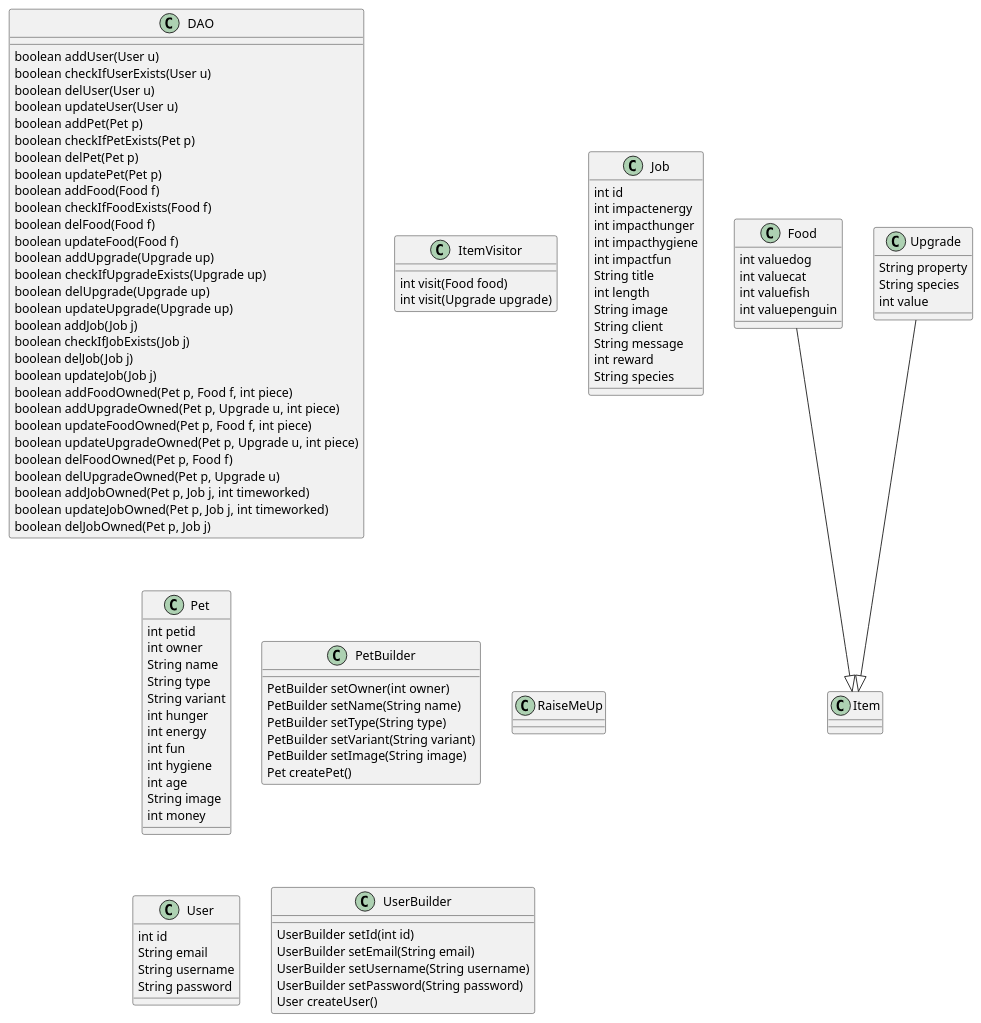
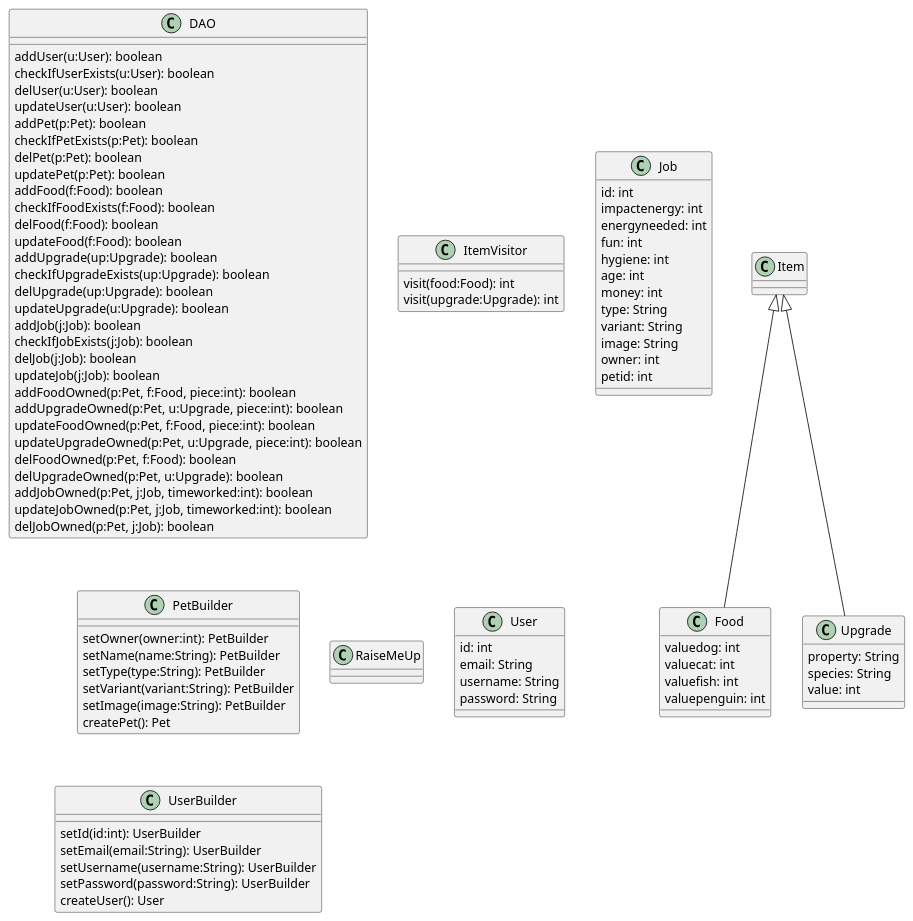
One commit to sh4r10/thesis-autogen-classdiagrams changed the diagram in artefacts/controlled-experiment/project-2/t5-no-haf.puml. Above: the diagram before and after it, drawn with PlantUML. The commit also changed 15 other files, not shown here.

```diff
--- a/artefacts/controlled-experiment/project-2/t5-no-haf.puml
+++ b/artefacts/controlled-experiment/project-2/t5-no-haf.puml
@@ -1,113 +1,98 @@
 @startuml
 
 class DAO {
-    boolean addUser(User u)
-    boolean checkIfUserExists(User u)
-    boolean delUser(User u)
-    boolean updateUser(User u)
-    boolean addPet(Pet p)
-    boolean checkIfPetExists(Pet p)
-    boolean delPet(Pet p)
-    boolean updatePet(Pet p)
-    boolean addFood(Food f)
-    boolean checkIfFoodExists(Food f)
-    boolean delFood(Food f)
-    boolean updateFood(Food f)
-    boolean addUpgrade(Upgrade up)
-    boolean checkIfUpgradeExists(Upgrade up)
-    boolean delUpgrade(Upgrade up)
-    boolean updateUpgrade(Upgrade up)
-    boolean addJob(Job j)
-    boolean checkIfJobExists(Job j)
-    boolean delJob(Job j)
-    boolean updateJob(Job j)
-    boolean addFoodOwned(Pet p, Food f, int piece)
-    boolean addUpgradeOwned(Pet p, Upgrade u, int piece)
-    boolean updateFoodOwned(Pet p, Food f, int piece)
-    boolean updateUpgradeOwned(Pet p, Upgrade u, int piece)
-    boolean delFoodOwned(Pet p, Food f)
-    boolean delUpgradeOwned(Pet p, Upgrade u)
-    boolean addJobOwned(Pet p, Job j, int timeworked)
-    boolean updateJobOwned(Pet p, Job j, int timeworked)
-    boolean delJobOwned(Pet p, Job j)
+    addUser(u:User): boolean
+    checkIfUserExists(u:User): boolean
+    delUser(u:User): boolean
+    updateUser(u:User): boolean
+    addPet(p:Pet): boolean
+    checkIfPetExists(p:Pet): boolean
+    delPet(p:Pet): boolean
+    updatePet(p:Pet): boolean
+    addFood(f:Food): boolean
+    checkIfFoodExists(f:Food): boolean
+    delFood(f:Food): boolean
+    updateFood(f:Food): boolean
+    addUpgrade(up:Upgrade): boolean
+    checkIfUpgradeExists(up:Upgrade): boolean
+    delUpgrade(up:Upgrade): boolean
+    updateUpgrade(u:Upgrade): boolean
+    addJob(j:Job): boolean
+    checkIfJobExists(j:Job): boolean
+    delJob(j:Job): boolean
+    updateJob(j:Job): boolean
+    addFoodOwned(p:Pet, f:Food, piece:int): boolean
+    addUpgradeOwned(p:Pet, u:Upgrade, piece:int): boolean
+    updateFoodOwned(p:Pet, f:Food, piece:int): boolean
+    updateUpgradeOwned(p:Pet, u:Upgrade, piece:int): boolean
+    delFoodOwned(p:Pet, f:Food): boolean
+    delUpgradeOwned(p:Pet, u:Upgrade): boolean
+    addJobOwned(p:Pet, j:Job, timeworked:int): boolean
+    updateJobOwned(p:Pet, j:Job, timeworked:int): boolean
+    delJobOwned(p:Pet, j:Job): boolean
 }
 
 class Food {
-    int valuedog
-    int valuecat
-    int valuefish
-    int valuepenguin
+    valuedog: int
+    valuecat: int
+    valuefish: int
+    valuepenguin: int
 }
 
 class ItemVisitor {
-    int visit(Food food)
-    int visit(Upgrade upgrade)
+    visit(food:Food): int
+    visit(upgrade:Upgrade): int
 }
 
 class Job {
-    int id
-    int impactenergy
-    int impacthunger
-    int impacthygiene
-    int impactfun
-    String title
-    int length
-    String image
-    String client
-    String message
-    int reward
-    String species
-}
-
-class Pet {
-    int petid
-    int owner
-    String name
-    String type
-    String variant
-    int hunger
-    int energy
-    int fun
-    int hygiene
-    int age
-    String image
-    int money
+    id: int
+    impactenergy: int
+    energyneeded: int
+    fun: int
+    hygiene: int
+    age: int
+    money: int
+    type: String
+    variant: String
+    image: String
+    owner: int
+    petid: int
 }
 
 class PetBuilder {
-    PetBuilder setOwner(int owner)
-    PetBuilder setName(String name)
-    PetBuilder setType(String type)
-    PetBuilder setVariant(String variant)
-    PetBuilder setImage(String image)
-    Pet createPet()
+    setOwner(owner:int): PetBuilder
+    setName(name:String): PetBuilder
+    setType(type:String): PetBuilder
+    setVariant(variant:String): PetBuilder
+    setImage(image:String): PetBuilder
+    createPet(): Pet
 }
 
 class RaiseMeUp {
 }
 
 class Upgrade {
-    String property
-    String species
-    int value
+    property: String
+    species: String
+    value: int
 }
 
 class User {
-    int id
-    String email
-    String username
-    String password
+    id: int
+    email: String
+    username: String
+    password: String
 }
 
 class UserBuilder {
-    UserBuilder setId(int id)
-    UserBuilder setEmail(String email)
-    UserBuilder setUsername(String username)
-    UserBuilder setPassword(String password)
-    User createUser()
+    setId(id:int): UserBuilder
+    setEmail(email:String): UserBuilder
+    setUsername(username:String): UserBuilder
+    setPassword(password:String): UserBuilder
+    createUser(): User
 }
 
-Food --|> Item
-Upgrade --|> Item
+Item <|-- Food
+Item <|-- Upgrade
 
 @enduml
```
